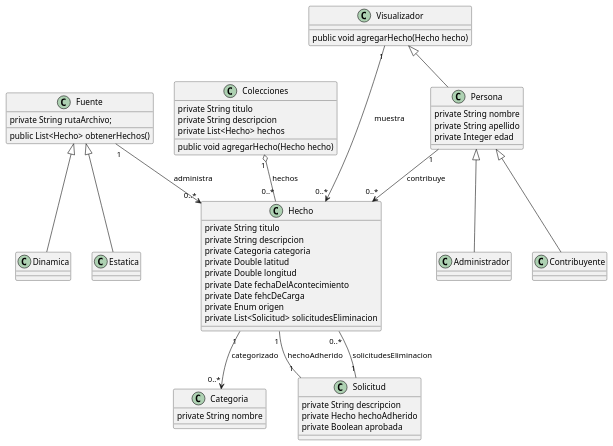
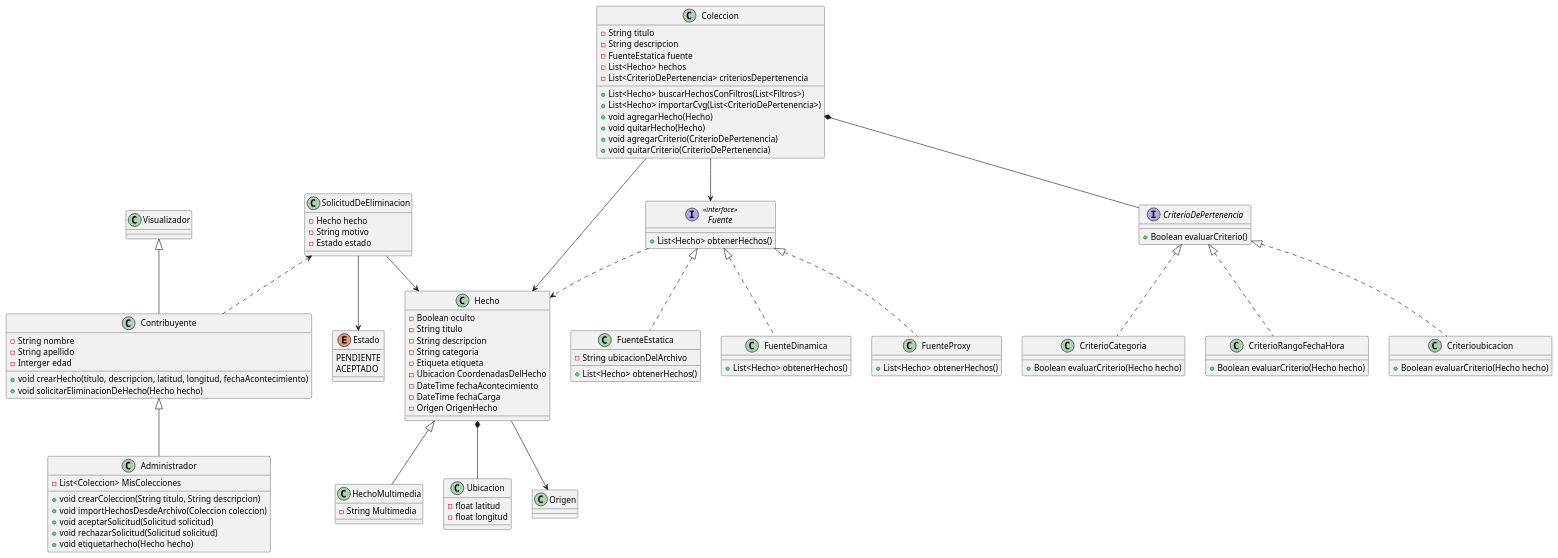
Before and after one commit to PonceCamilo/tp-anual-disenio-2025: the diagram in src/main/resources/Diagrama de clases.puml, drawn with PlantUML. The commit also changed 2 other files, not shown here.

Commit message:
actualizados diagramas casos de uso y de clases

```diff
--- a/src/main/resources/Diagrama de clases.puml
+++ b/src/main/resources/Diagrama de clases.puml
@@ -1,77 +1,110 @@
 @startuml
 
-class Hecho{
+class Visualizador
 
-    private String titulo
-    private String descripcion
-    private Categoria categoria
-    private Double latitud
-    private Double longitud
-    private Date fechaDelAcontecimiento
-    private Date fehcDeCarga
-    private Enum origen
-    private List<Solicitud> solicitudesEliminacion
+class Contribuyente extends Visualizador{
+    - String nombre
+    - String apellido
+    - Interger edad
+    + void crearHecho(titulo, descripcion, latitud, longitud, fechaAcontecimiento)
+    + void solicitarEliminacionDeHecho(Hecho hecho)
 }
 
-class Categoria {
-
-    private String nombre
+class Administrador extends Contribuyente{
+    - List<Coleccion> MisColecciones
+    + void crearColeccion(String titulo, String descripcion)
+    + void importHechosDesdeArchivo(Coleccion coleccion)
+    + void aceptarSolicitud(Solicitud solicitud)
+    + void rechazarSolicitud(Solicitud solicitud)
+    + void etiquetarhecho(Hecho hecho)
 }
 
-class Solicitud {
-
-    private String descripcion
-    private Hecho hechoAdherido
-    private Boolean aprobada
+class Hecho{
+    - Boolean oculto
+    - String titulo
+    - String descripcion
+    - String categoria
+    - Etiqueta etiqueta
+    - Ubicacion CoordenadasDelHecho
+    - DateTime fechaAcontecimiento
+    - DateTime fechaCarga
+    - Origen OrigenHecho
+}
+class HechoMultimedia extends Hecho{
+    - String Multimedia
 }
 
-class Colecciones{
-
-    private String titulo
-    private String descripcion
-    private List<Hecho> hechos
-    public void agregarHecho(Hecho hecho)
+class Ubicacion{
+    - float latitud
+    - float longitud
 }
 
-class Fuente{
-
-    private String rutaArchivo;
-    public List<Hecho> obtenerHechos()
-
-}
-class Estatica extends Fuente {
-
-}
-class Dinamica extends Fuente {
-
+class Coleccion{
+    - String titulo
+    - String descripcion
+    - FuenteEstatica fuente
+    - List<Hecho> hechos
+    - List<CriterioDePertenencia> criteriosDepertenencia
+    + List<Hecho> buscarHechosConFiltros(List<Filtros>)
+    + List<Hecho> importarCvg(List<CriterioDePertenencia>)
+    + void agregarHecho(Hecho)
+    + void quitarHecho(Hecho)
+    + void agregarCriterio(CriterioDePertenencia)
+    + void quitarCriterio(CriterioDePertenencia)
 }
 
-class Visualizador {
-
-    public void agregarHecho(Hecho hecho)
+ interface Fuente <<interface>>{
+    + List<Hecho> obtenerHechos()
 }
 
-class Persona extends Visualizador {
-
-    private String nombre
-    private String apellido
-    private Integer edad
+ class FuenteEstatica implements Fuente{
+    - String ubicacionDelArchivo
+    + List<Hecho> obtenerHechos()
 }
 
-class Contribuyente extends Persona {
-
+ class FuenteDinamica implements Fuente{
+    + List<Hecho> obtenerHechos()
 }
 
-class Administrador extends Persona {
-
+ class FuenteProxy implements Fuente{
+    + List<Hecho> obtenerHechos()
 }
 
-Hecho "0..*" -- "1" Solicitud : solicitudesEliminacion
-Solicitud "1" -- "1" Hecho : hechoAdherido
-Colecciones "1" o-- "0..*" Hecho : hechos
-Fuente "1" --> "0..*" Hecho : administra
-Visualizador "1" --> "0..*" Hecho : muestra
-Persona "1" --> "0..*" Hecho : contribuye
-Hecho "1" --> "0..*" Categoria : categorizado
+interface CriterioDePertenencia{
+    + Boolean evaluarCriterio()
+}
+
+class CriterioCategoria implements  CriterioDePertenencia{
+    + Boolean evaluarCriterio(Hecho hecho)
+}
+
+class CriterioRangoFechaHora implements  CriterioDePertenencia{
+    + Boolean evaluarCriterio(Hecho hecho)
+}
+
+class Criterioubicacion implements  CriterioDePertenencia{
+    + Boolean evaluarCriterio(Hecho hecho)
+}
+
+class SolicitudDeEliminacion{
+    - Hecho hecho
+    - String motivo
+    - Estado estado
+}
+
+enum Estado{
+    PENDIENTE
+    ACEPTADO
+}
+
+Coleccion *-- CriterioDePertenencia
+Coleccion --> Fuente
+Coleccion --> Hecho
+Hecho --> Origen
+Hecho *-- Ubicacion
+Fuente ..> Hecho
+SolicitudDeEliminacion --> Hecho
+SolicitudDeEliminacion --> Estado
+SolicitudDeEliminacion <.. Contribuyente
 
 @enduml
```
